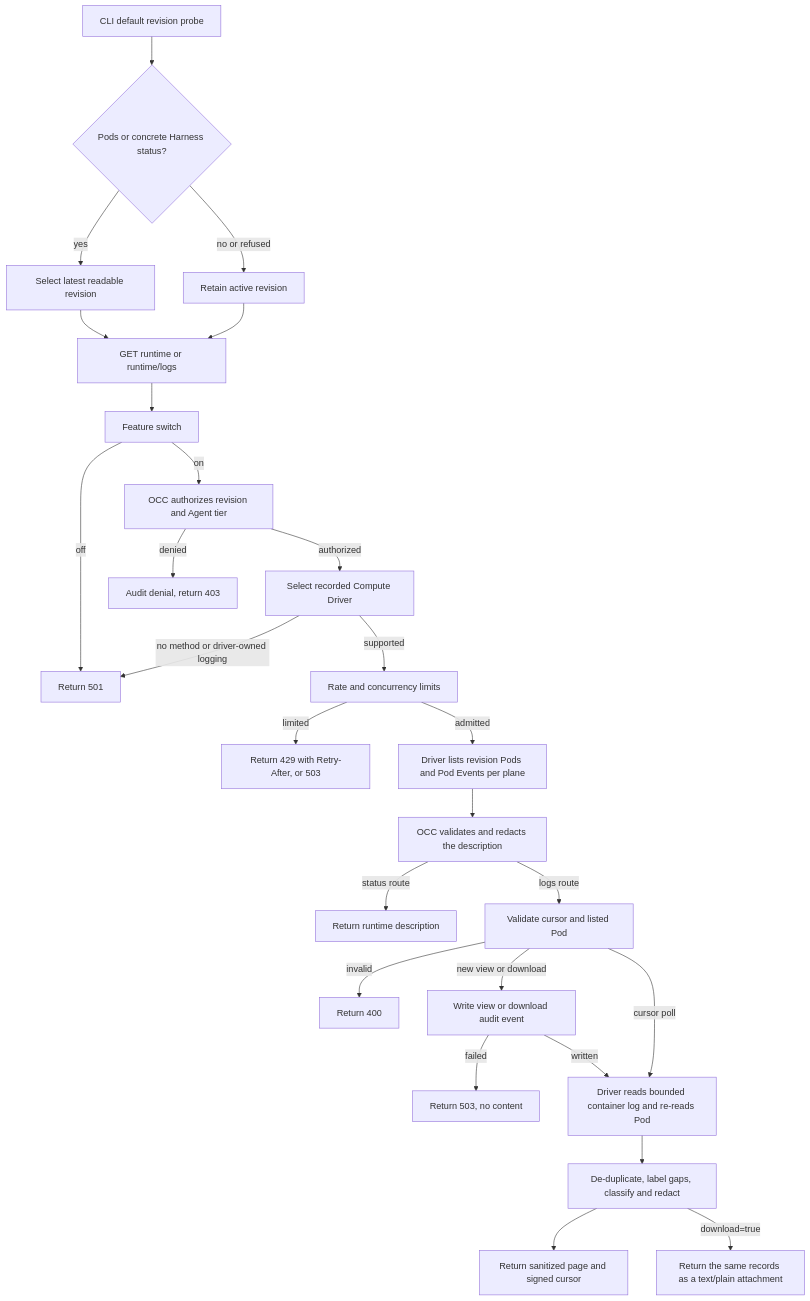
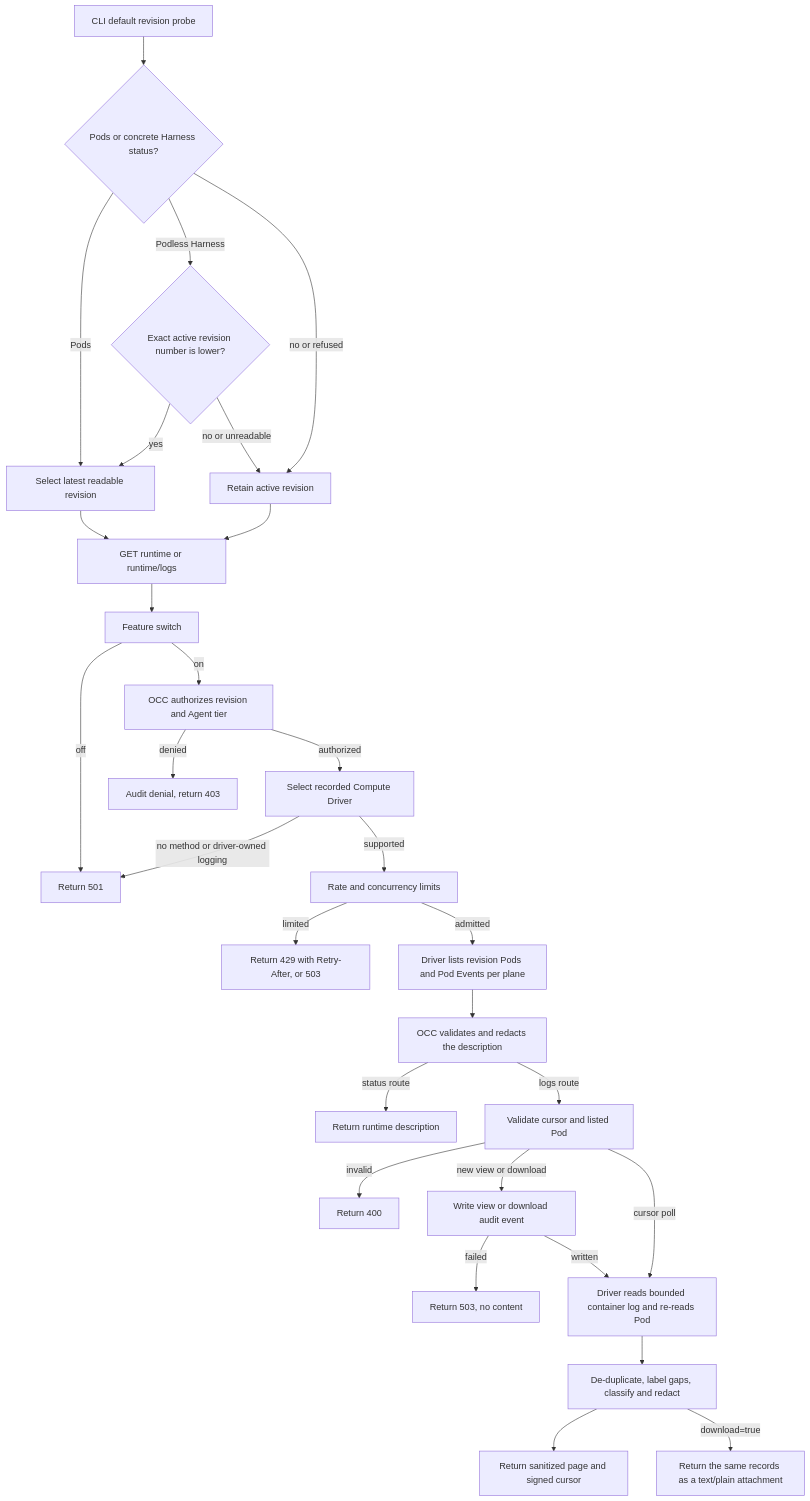
One commit to ericcaiwx-star/openclaw-enterprise changed the diagram in docs/flows/agent-runtime-logs.md. Above: the diagram before and after it, drawn with Mermaid. The commit also changed other lines of this file and 5 other files, not shown here.

Commit message:
fix(cli): verify podless Harness revision ordering

````diff
--- a/docs/flows/agent-runtime-logs.md
+++ b/docs/flows/agent-runtime-logs.md
@@ -35,28 +35,31 @@
 ```mermaid
 graph TD
   V["CLI default revision probe"] --> W{"Pods or concrete Harness status?"}
-  W -->|yes| X["Select latest readable revision"]
+  W -->|Pods| X["Select latest readable revision"]
+  W -->|Podless Harness| Z{"Exact active revision number is lower?"}
+  Z -->|yes| X
+  Z -->|no or unreadable| Y
   W -->|no or refused| Y["Retain active revision"]
   X --> A["GET runtime or runtime/logs"]
   Y --> A
   A --> B["Feature switch"]
   B -->|off| C["Return 501"]
   B -->|on| E["OCC authorizes revision and Agent tier"]
   E -->|denied| F["Audit denial, return 403"]
   E -->|authorized| G["Select recorded Compute Driver"]
   G -->|no method or driver-owned logging| C
   G -->|supported| S["Rate and concurrency limits"]
   S -->|limited| D["Return 429 with Retry-After, or 503"]
   S -->|admitted| H["Driver lists revision Pods and Pod Events per plane"]
   H --> I["OCC validates and redacts the description"]
   I -->|status route| J["Return runtime description"]
   I -->|logs route| K["Validate cursor and listed Pod"]
   K -->|invalid| L["Return 400"]
   K -->|new view or download| M["Write view or download audit event"]
   M -->|failed| N["Return 503, no content"]
   M -->|written| O["Driver reads bounded container log and re-reads Pod"]
   K -->|cursor poll| O
   O --> P["De-duplicate, label gaps, classify and redact"]
   P --> Q["Return sanitized page and signed cursor"]
   P -->|download=true| R["Return the same records as a text/plain attachment"]
 ```
````
